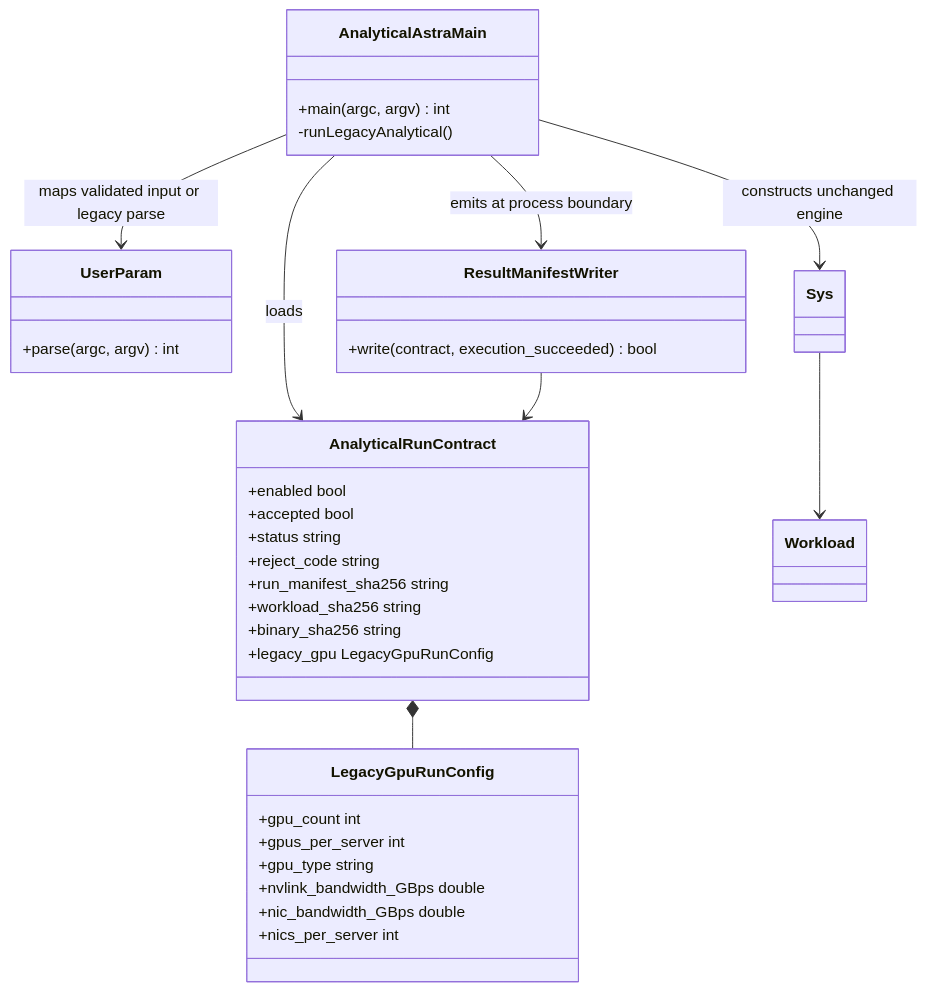
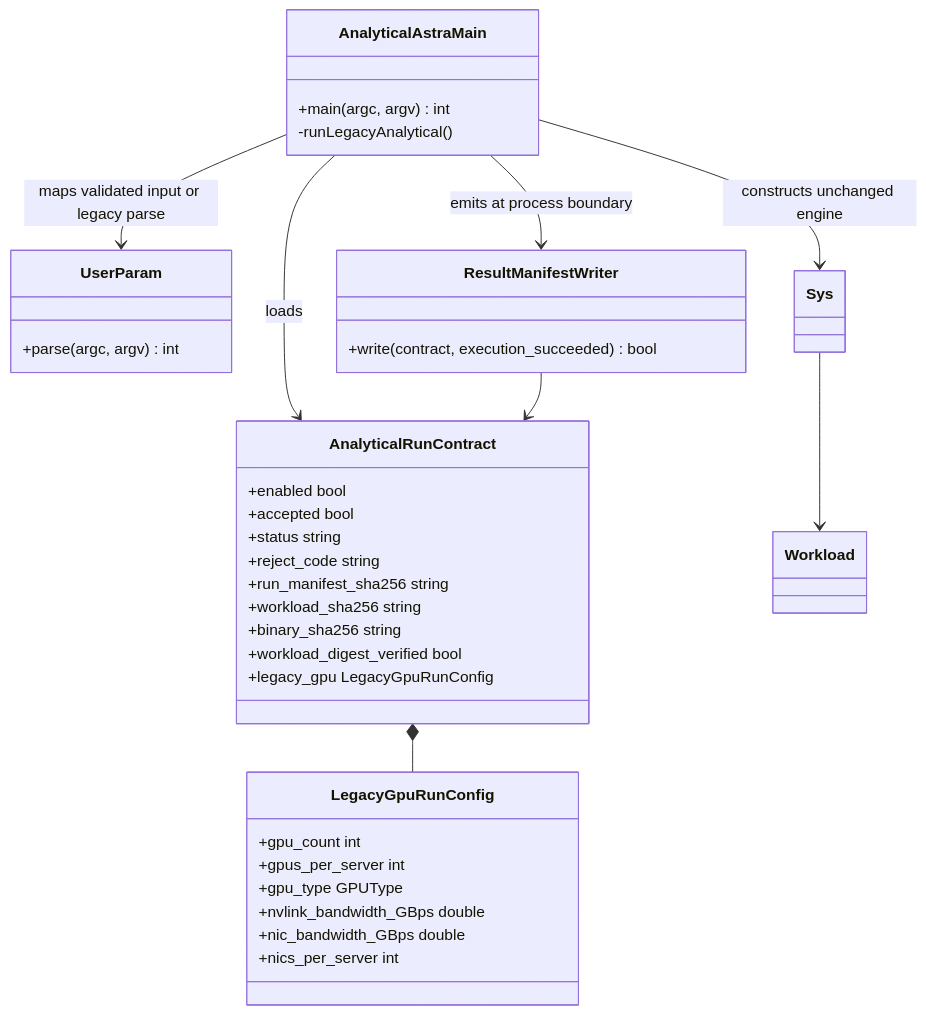
One commit to Kirrito-k423/SimAI-Ascend changed the second of 2 diagrams in docs/design/issue-16-design.md. Above: the diagram before and after it, drawn with Mermaid. The commit also changed other lines of this file and 4 other files, not shown here.

````diff
--- a/docs/design/issue-16-design.md
+++ b/docs/design/issue-16-design.md
@@ -73,41 +79,42 @@
 ```mermaid
 classDiagram
     class AnalyticalAstraMain {
       +main(argc, argv) int
       -runLegacyAnalytical()
     }
     class AnalyticalRunContract {
       +enabled bool
       +accepted bool
       +status string
       +reject_code string
       +run_manifest_sha256 string
       +workload_sha256 string
       +binary_sha256 string
+      +workload_digest_verified bool
       +legacy_gpu LegacyGpuRunConfig
     }
     class LegacyGpuRunConfig {
       +gpu_count int
       +gpus_per_server int
-      +gpu_type string
+      +gpu_type GPUType
       +nvlink_bandwidth_GBps double
       +nic_bandwidth_GBps double
       +nics_per_server int
     }
     class UserParam {
       +parse(argc, argv) int
     }
     class Sys
     class Workload
     class ResultManifestWriter {
       +write(contract, execution_succeeded) bool
     }
 
     AnalyticalAstraMain --> AnalyticalRunContract : loads
     AnalyticalRunContract *-- LegacyGpuRunConfig
     AnalyticalAstraMain --> UserParam : maps validated input or legacy parse
     AnalyticalAstraMain --> Sys : constructs unchanged engine
     Sys --> Workload
     AnalyticalAstraMain --> ResultManifestWriter : emits at process boundary
     ResultManifestWriter --> AnalyticalRunContract
 ```
````
